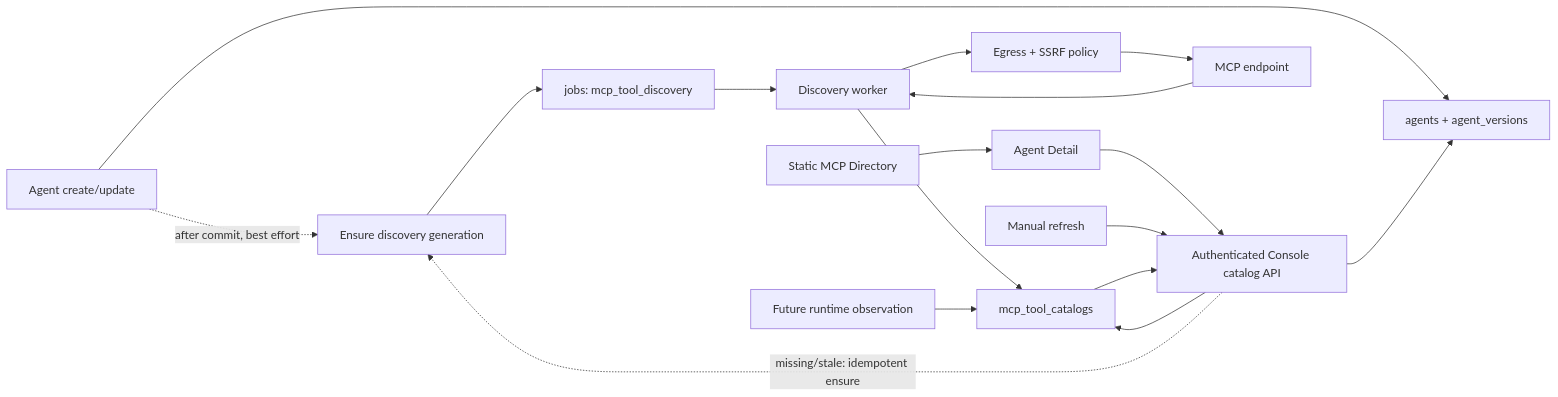
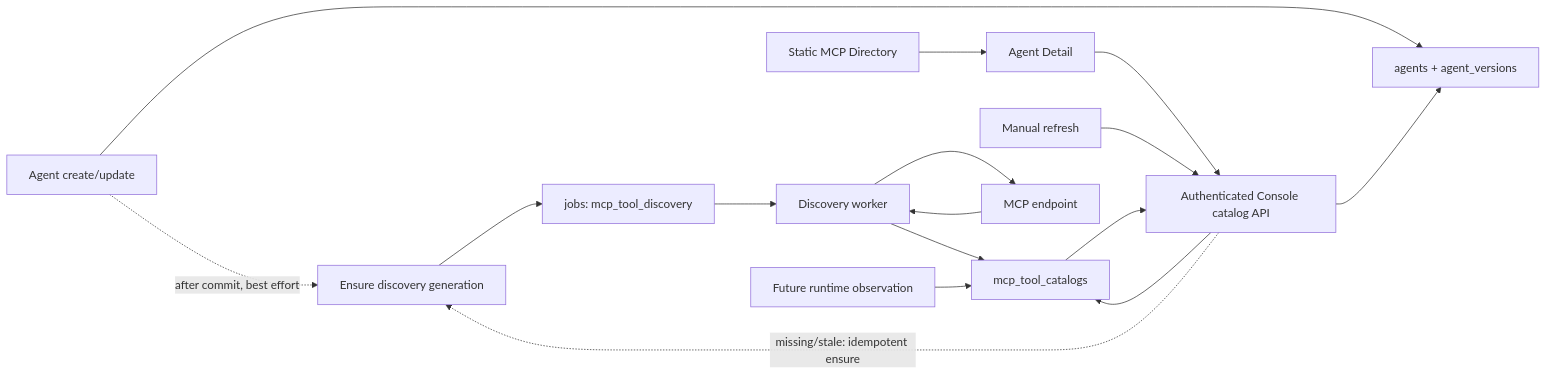
Before and after one commit to superduck-ai/open-managed-agents: the first of 2 diagrams in docs/design/mcp-tool-catalog-discovery.md, drawn with Mermaid. The commit also changed other lines of this file and 27 other files, not shown here.

````diff
--- a/docs/design/mcp-tool-catalog-discovery.md
+++ b/docs/design/mcp-tool-catalog-discovery.md
@@ -99,19 +101,18 @@
 ```mermaid
 flowchart LR
   Write["Agent create/update"] --> AgentDB["agents + agent_versions"]
   Write -. "after commit, best effort" .-> Ensure["Ensure discovery generation"]
   Detail["Agent Detail"] --> ConsoleAPI["Authenticated Console catalog API"]
   ConsoleAPI --> AgentDB
   ConsoleAPI --> CatalogDB["mcp_tool_catalogs"]
   ConsoleAPI -. "missing/stale: idempotent ensure" .-> Ensure
   Refresh["Manual refresh"] --> ConsoleAPI
   Ensure --> Jobs["jobs: mcp_tool_discovery"]
   Jobs --> Worker["Discovery worker"]
-  Worker --> Policy["Egress + SSRF policy"]
-  Policy --> MCP["MCP endpoint"]
+  Worker --> MCP["MCP endpoint"]
   MCP --> Worker
   Worker --> CatalogDB
   Runtime["Future runtime observation"] --> CatalogDB
   Directory["Static MCP Directory"] --> Detail
   CatalogDB --> ConsoleAPI
 ```
````
